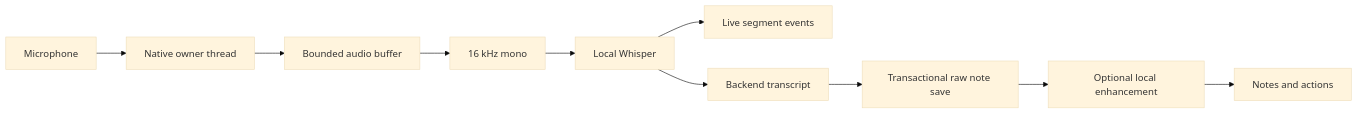
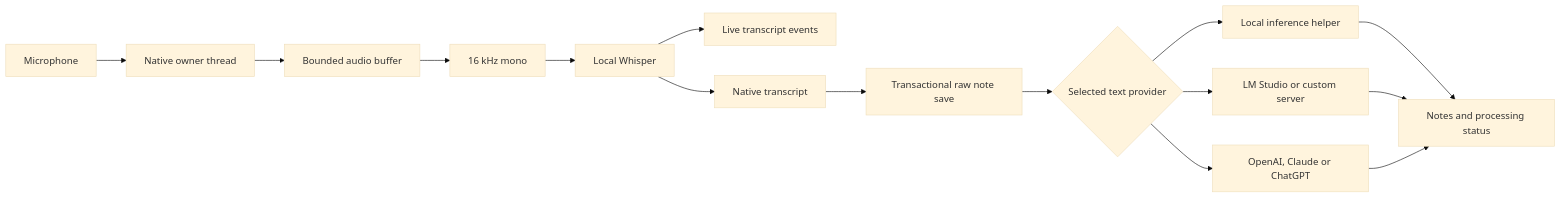
The diagram in docs/ARCHITECTURE.md (anshuman-pandey/open-granola), drawn with Mermaid (base theme) before and after one commit. The commit also changed other lines of this file and 36 other files, not shown here.

````diff
--- a/docs/ARCHITECTURE.md
+++ b/docs/ARCHITECTURE.md
@@ -11,12 +11,17 @@
 ```mermaid
 flowchart LR
   Mic[Microphone] --> Audio[Native owner thread]
   Audio --> Buffer[Bounded audio buffer]
   Buffer --> Resample[16 kHz mono]
   Resample --> Whisper[Local Whisper]
-  Whisper --> Events[Live segment events]
-  Whisper --> Transcript[Backend transcript]
+  Whisper --> Events[Live transcript events]
+  Whisper --> Transcript[Native transcript]
   Transcript --> Raw[Transactional raw note save]
-  Raw --> LLM[Optional local enhancement]
-  LLM --> Notes[Notes and actions]
+  Raw --> Route{Selected text provider}
+  Route --> Local[Local inference helper]
+  Route --> Server[LM Studio or custom server]
+  Route --> Cloud[OpenAI, Claude or ChatGPT]
+  Local --> Result[Notes and processing status]
+  Server --> Result
+  Cloud --> Result
 ```
````
